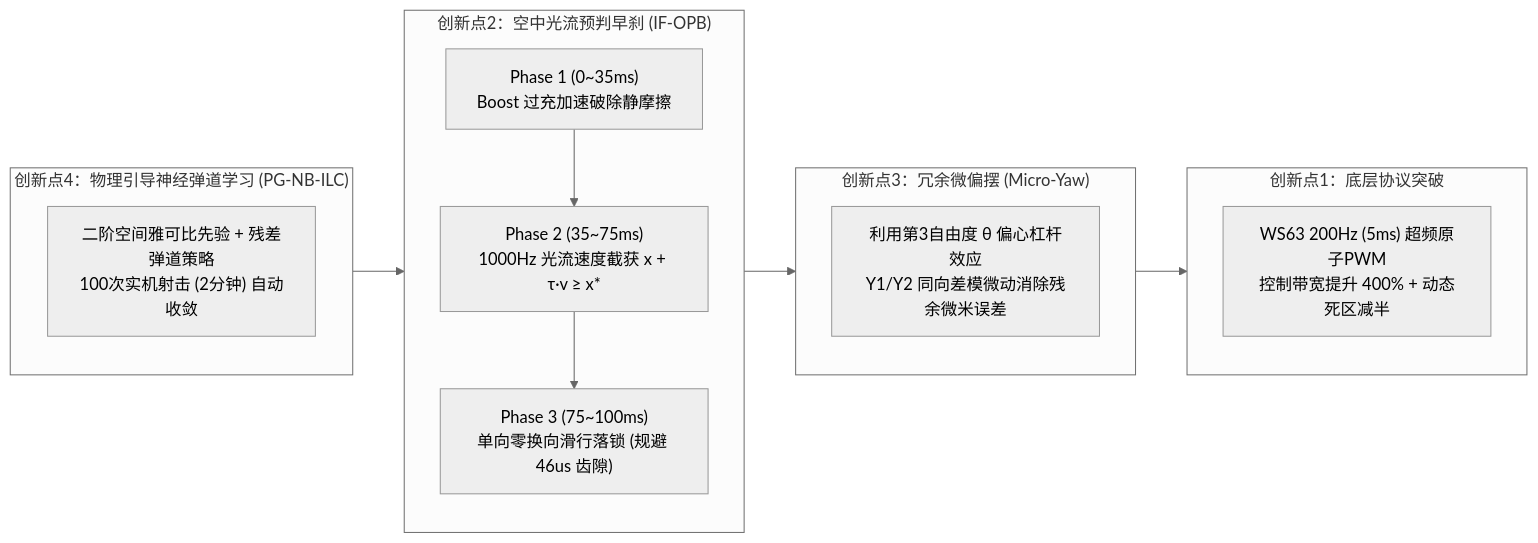
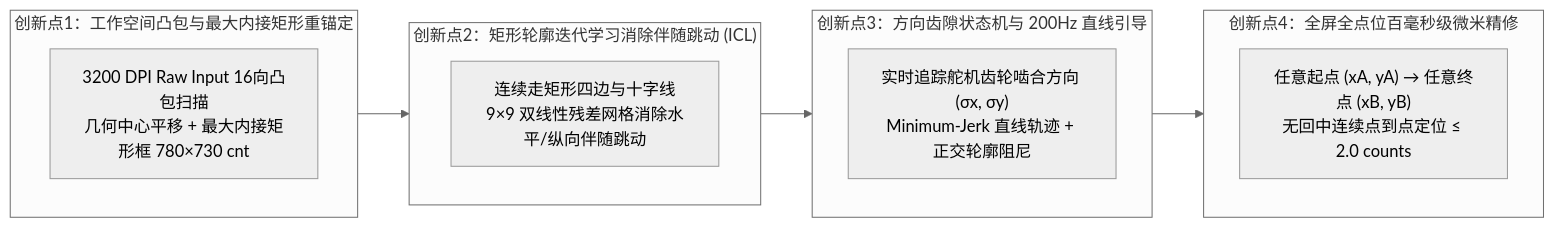
Before and after one commit to 2779841490l-cmd/3-rrr: the diagram in PROJECT_PLAN.md, drawn with Mermaid (neutral theme). The commit also changed other lines of this file and 14 other files, not shown here.

````diff
--- a/PROJECT_PLAN.md
+++ b/PROJECT_PLAN.md
@@ -10,23 +14,20 @@
 ```mermaid
 flowchart LR
-    subgraph C1["创新点1：底层协议突破"]
-        FW["WS63 200Hz (5ms) 超频原子PWM<br/>控制带宽提升 400% + 动态死区减半"]
+    subgraph S1["创新点1：工作空间凸包与最大内接矩形重锚定"]
+        Hull["3200 DPI Raw Input 16向凸包扫描<br/>几何中心平移 + 最大内接矩形框 780×730 cnt"]
     end
 
-    subgraph C2["创新点2：空中光流预判早刹 (IF-OPB)"]
-        Boost["Phase 1 (0~35ms)<br/>Boost 过充加速破除静摩擦"] --> Intercept["Phase 2 (35~75ms)<br/>1000Hz 光流速度截获 x + τ·v ≥ x*"]
-        Intercept --> Lock["Phase 3 (75~100ms)<br/>单向零换向滑行落锁 (规避 46us 齿隙)"]
+    subgraph S2["创新点2：矩形轮廓迭代学习消除伴随跳动 (ICL)"]
+        Rect["连续走矩形四边与十字线<br/>9×9 双线性残差网格消除水平/纵向伴随跳动"]
     end
 
-    subgraph C3["创新点3：冗余微偏摆 (Micro-Yaw)"]
-        Yaw["利用第3自由度 θ 偏心杠杆效应<br/>Y1/Y2 同向差模微动消除残余微米误差"]
+    subgraph S3["创新点3：方向齿隙状态机与 200Hz 直线引导"]
+        Hyst["实时追踪舵机齿轮啮合方向 (σx, σy)<br/>Minimum-Jerk 直线轨迹 + 正交轮廓阻尼"]
     end
 
-    subgraph C4["创新点4：物理引导神经弹道学习 (PG-NB-ILC)"]
-        ILC["二阶空间雅可比先验 + 残差弹道策略<br/>100次实机射击 (2分钟) 自动收敛"]
+    subgraph S4["创新点4：全屏全点位百毫秒级微米精修"]
+        Fine["任意起点 (xA, yA) → 任意终点 (xB, yB)<br/>无回中连续点到点定位 ≤ 2.0 counts"]
     end
 
-    C4 --> C2
-    C2 --> C3
-    C3 --> C1
+    S1 --> S2 --> S3 --> S4
 ```
````
